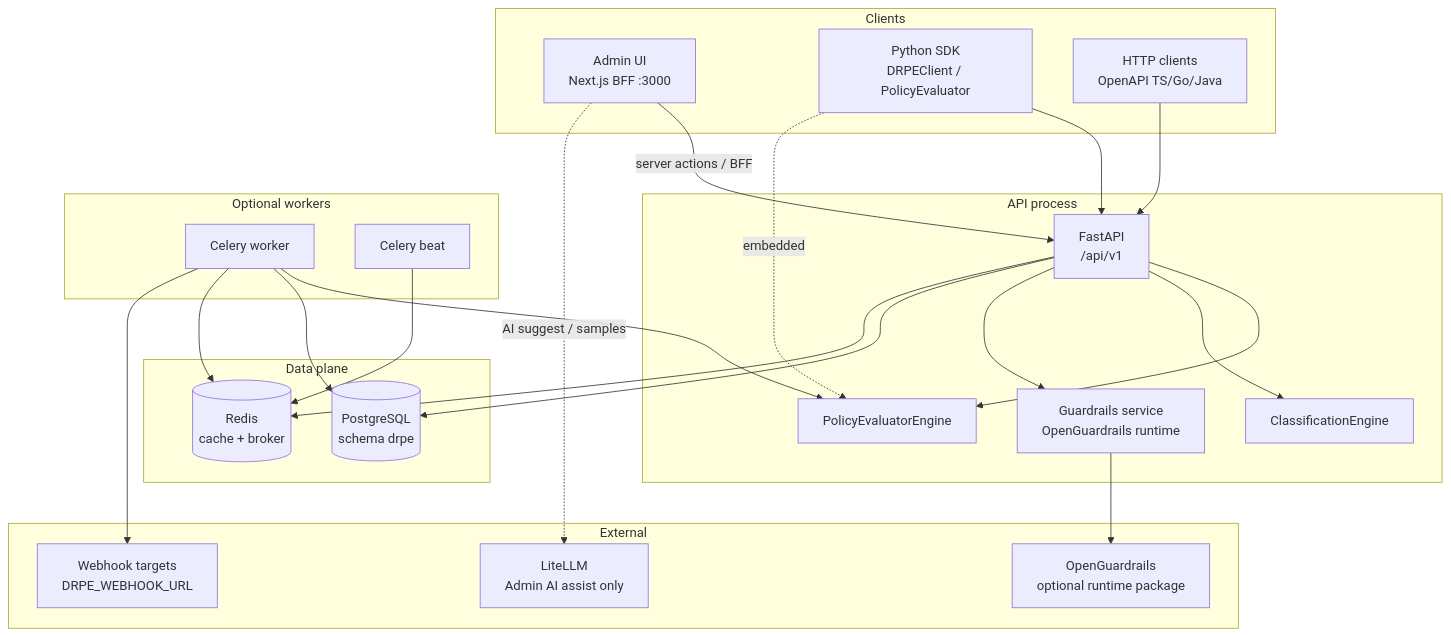
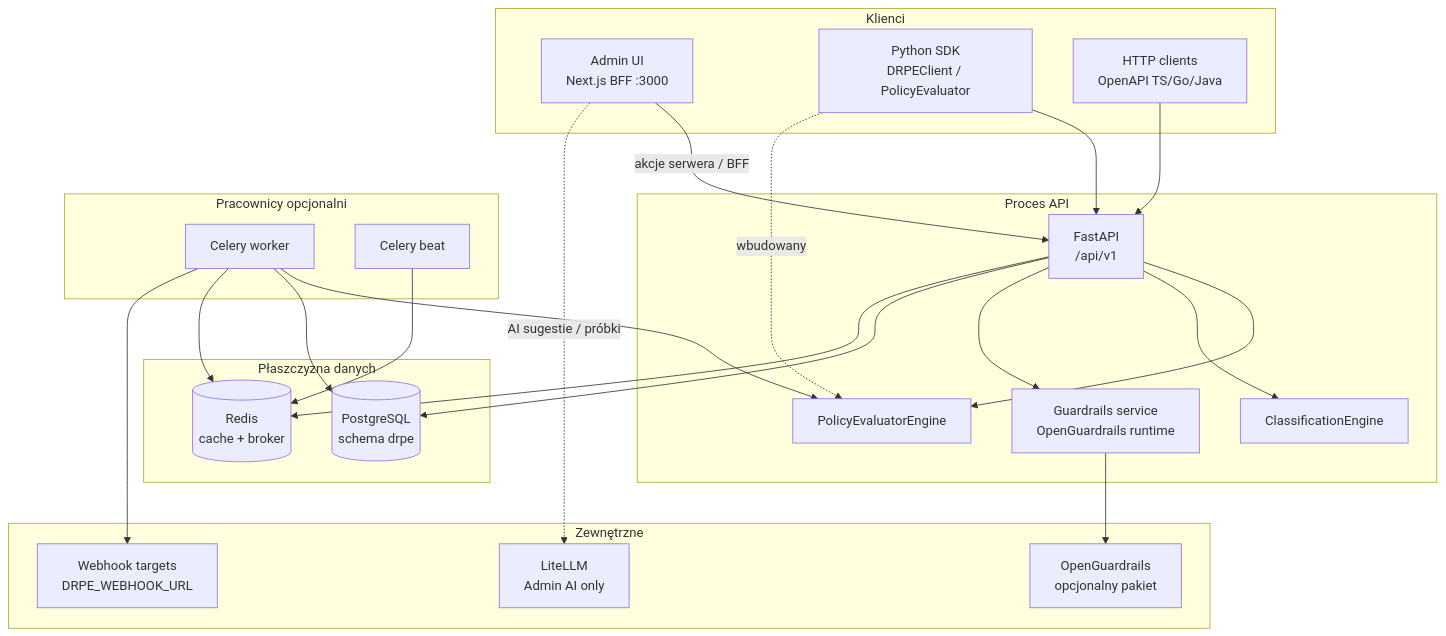
The first of 3 diagrams in docs/ARCHITECTURE.md (khoantd/data-policy-engine), drawn with Mermaid before and after one commit. The commit also changed other lines of this file, not shown here.

Commit message:
docs(adr): polish ADR-0000 via RS Architect

````diff
--- a/docs/ARCHITECTURE.md
+++ b/docs/ARCHITECTURE.md
@@ -52,48 +81,48 @@
 ```mermaid
 flowchart TB
-  subgraph clients [Clients]
+  subgraph clients [Klienci]
     Admin["Admin UI<br/>Next.js BFF :3000"]
     SDK["Python SDK<br/>DRPEClient / PolicyEvaluator"]
     HTTP["HTTP clients<br/>OpenAPI TS/Go/Java"]
   end
 
-  subgraph api [API process]
+  subgraph api [Proces API]
     FastAPI["FastAPI<br/>/api/v1"]
     Engine["PolicyEvaluatorEngine"]
     Classifier["ClassificationEngine"]
     Guardrails["Guardrails service<br/>OpenGuardrails runtime"]
   end
 
-  subgraph workers [Optional workers]
+  subgraph workers [Pracownicy opcjonalni]
     CeleryW["Celery worker"]
     CeleryB["Celery beat"]
   end
 
-  subgraph data [Data plane]
+  subgraph data [Płaszczyzna danych]
     PG[(PostgreSQL<br/>schema drpe)]
     Redis[(Redis<br/>cache + broker)]
   end
 
-  subgraph external [External]
-    OGR["OpenGuardrails<br/>optional runtime package"]
-    LiteLLM["LiteLLM<br/>Admin AI assist only"]
+  subgraph external [Zewnętrzne]
+    OGR["OpenGuardrails<br/>opcjonalny pakiet"]
+    LiteLLM["LiteLLM<br/>Admin AI only"]
     WebhookTgt["Webhook targets<br/>DRPE_WEBHOOK_URL"]
   end
 
-  Admin -->|server actions / BFF| FastAPI
-  Admin -.->|AI suggest / samples| LiteLLM
+  Admin -->|akcje serwera / BFF| FastAPI
+  Admin -.->|AI sugestie / próbki| LiteLLM
   SDK --> FastAPI
-  SDK -.->|embedded| Engine
+  SDK -.->|wbudowany| Engine
   HTTP --> FastAPI
   FastAPI --> Engine
   FastAPI --> Classifier
   FastAPI --> Guardrails
   FastAPI --> PG
   FastAPI --> Redis
   Guardrails --> OGR
   CeleryW --> Engine
   CeleryW --> PG
   CeleryW --> Redis
   CeleryB --> Redis
   CeleryW --> WebhookTgt
 ```
````
